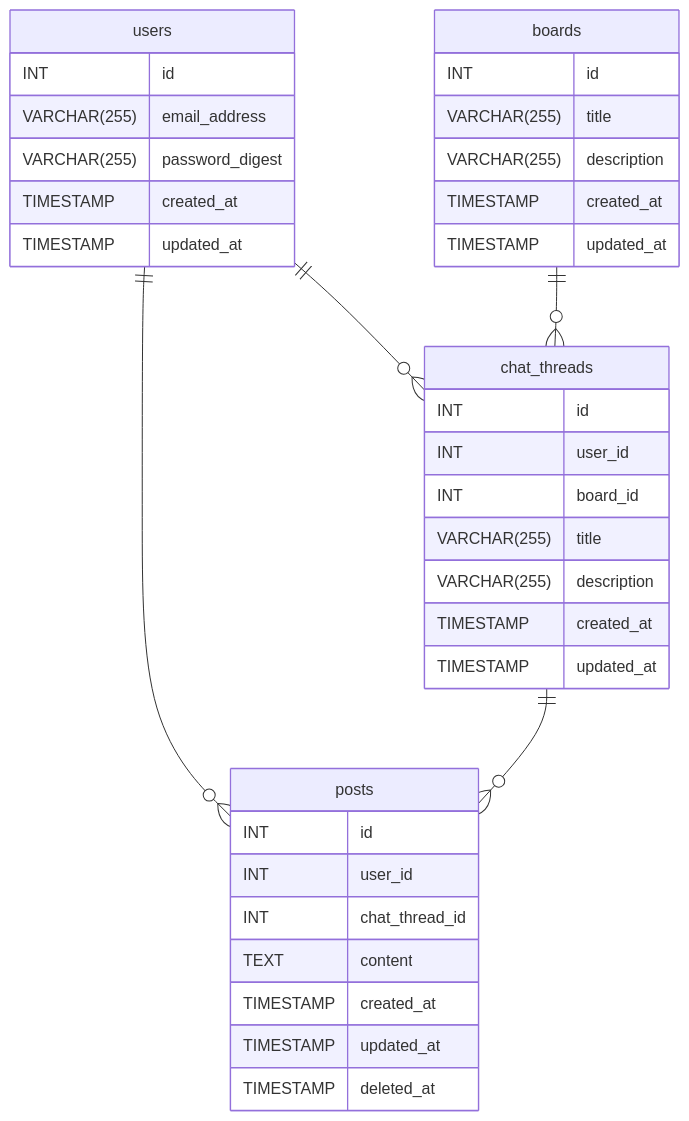
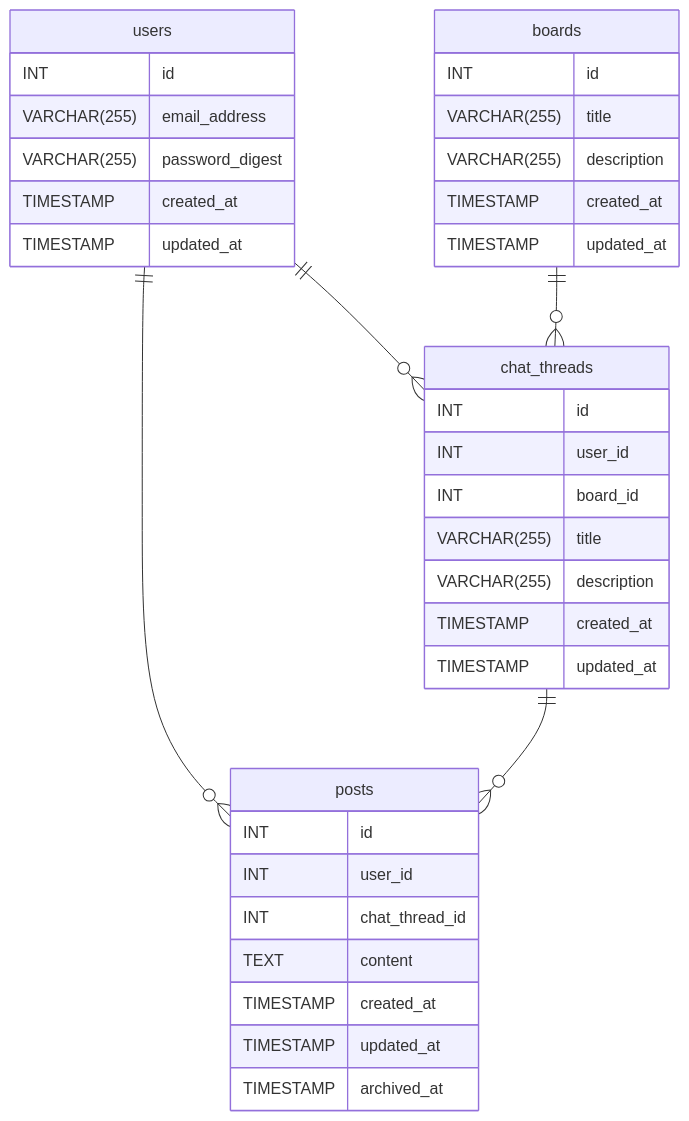
Before and after one commit to tsuji-108/pub_rails_practice: the diagram in docs/DATABASE.md, drawn with Mermaid. The commit also changed other lines of this file and 2 other files, not shown here.

````diff
--- a/docs/DATABASE.md
+++ b/docs/DATABASE.md
@@ -14,44 +14,44 @@
 ```mermaid
 erDiagram
 users {
   INT          id
   VARCHAR(255) email_address
   VARCHAR(255) password_digest
   TIMESTAMP    created_at
   TIMESTAMP    updated_at
 }
 
 boards {
   INT          id
   VARCHAR(255) title
   VARCHAR(255) description
   TIMESTAMP    created_at
   TIMESTAMP    updated_at
 }
 
 chat_threads {
   INT          id
   INT          user_id
   INT          board_id
   VARCHAR(255) title
   VARCHAR(255) description
   TIMESTAMP    created_at
   TIMESTAMP    updated_at
 }
 
 posts {
   INT       id
   INT       user_id
   INT       chat_thread_id
   TEXT      content
   TIMESTAMP created_at
   TIMESTAMP updated_at
-  TIMESTAMP deleted_at
+  TIMESTAMP archived_at
 }
 
 users ||--o{ chat_threads : ""
 users ||--o{ posts : ""
 
 boards ||--o{ chat_threads : ""
 chat_threads ||--o{ posts : ""
 ```
````
